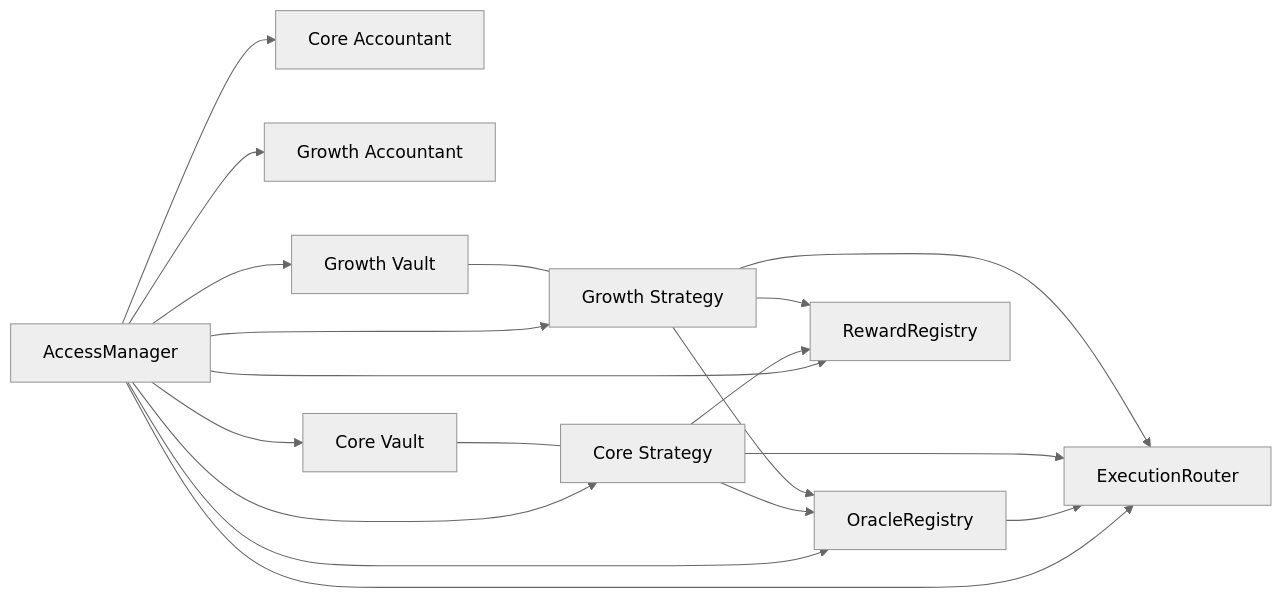
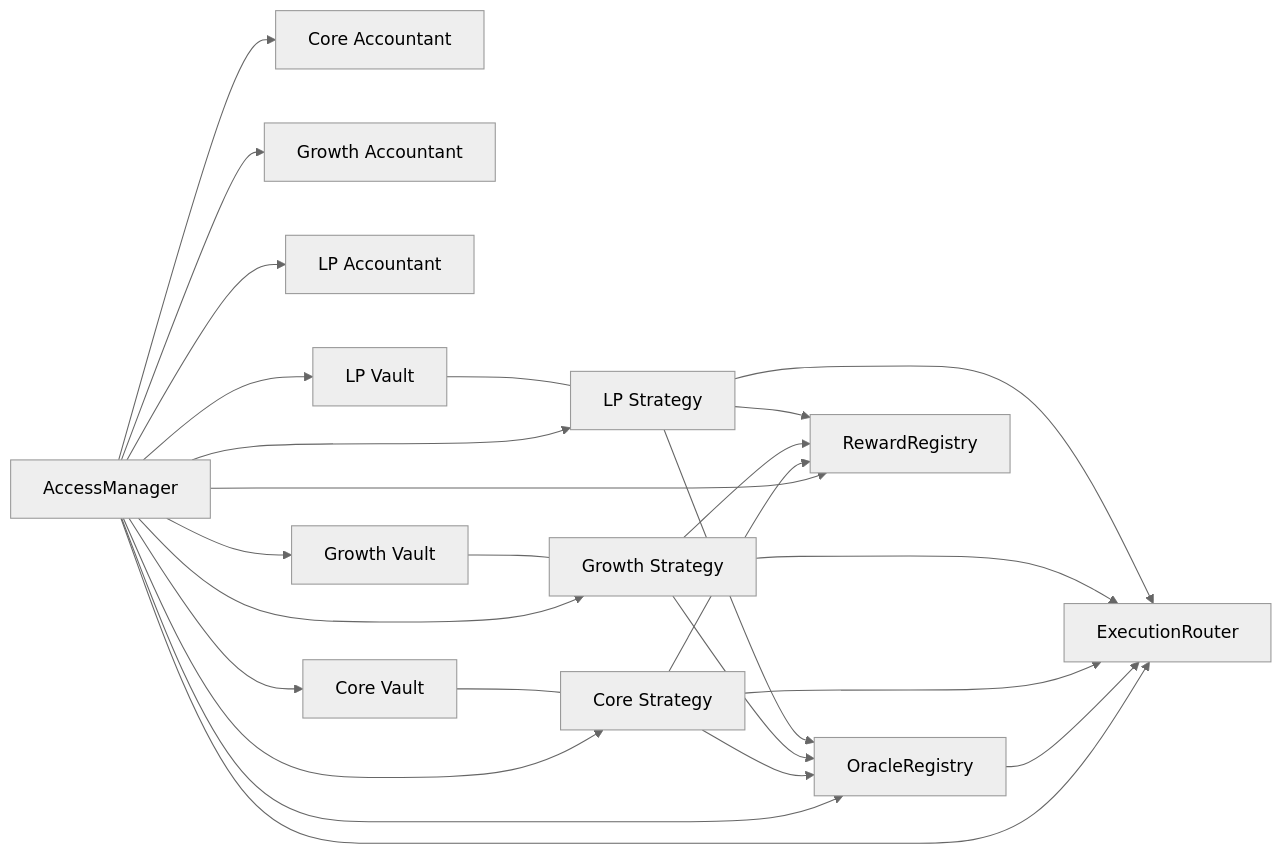
Before and after one commit to Robin-Harvest/robin-harvest-contracts: the second of 3 diagrams in docs/handbook/06-architecture.md, drawn with Mermaid (neutral theme). The commit also changed other lines of this file and 4 other files, not shown here.

Commit message:
Update handbook architecture, execution flows, mathematics, and SUMMARY for rhINDEX-LP

````diff
--- a/docs/handbook/06-architecture.md
+++ b/docs/handbook/06-architecture.md
@@ -83,33 +84,43 @@
 ```mermaid
 flowchart LR
     AM[AccessManager]
     OR[OracleRegistry]
     RR[RewardRegistry]
     R[ExecutionRouter]
     CA[Core Accountant]
     GA[Growth Accountant]
+    LA[LP Accountant]
     CV[Core Vault]
     CS[Core Strategy]
     GV[Growth Vault]
     GS[Growth Strategy]
+    LV[LP Vault]
+    LS[LP Strategy]
 
     AM --> OR
     AM --> RR
     AM --> R
     OR --> R
     AM --> CA
     AM --> GA
+    AM --> LA
     AM --> CV
     AM --> CS
     AM --> GV
     AM --> GS
+    AM --> LV
+    AM --> LS
 
     CV --- CS
     GV --- GS
+    LV --- LS
     CS --> RR
     CS --> OR
     CS --> R
     GS --> RR
     GS --> OR
     GS --> R
+    LS --> RR
+    LS --> OR
+    LS --> R
 ```
````
